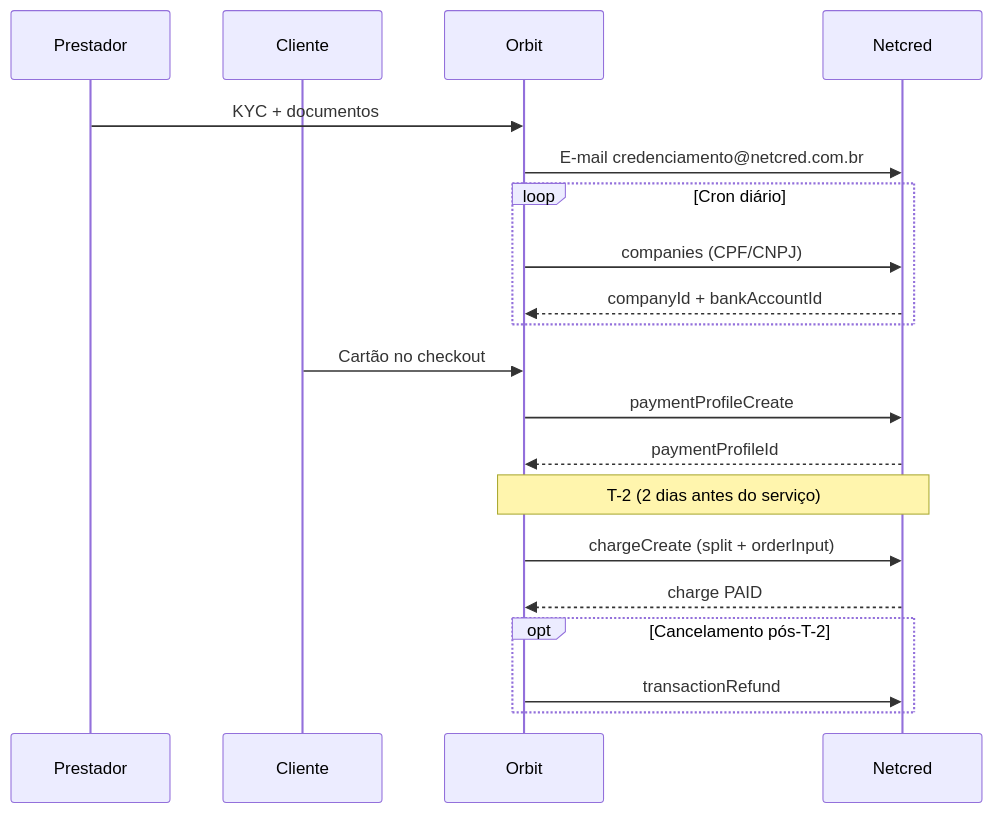
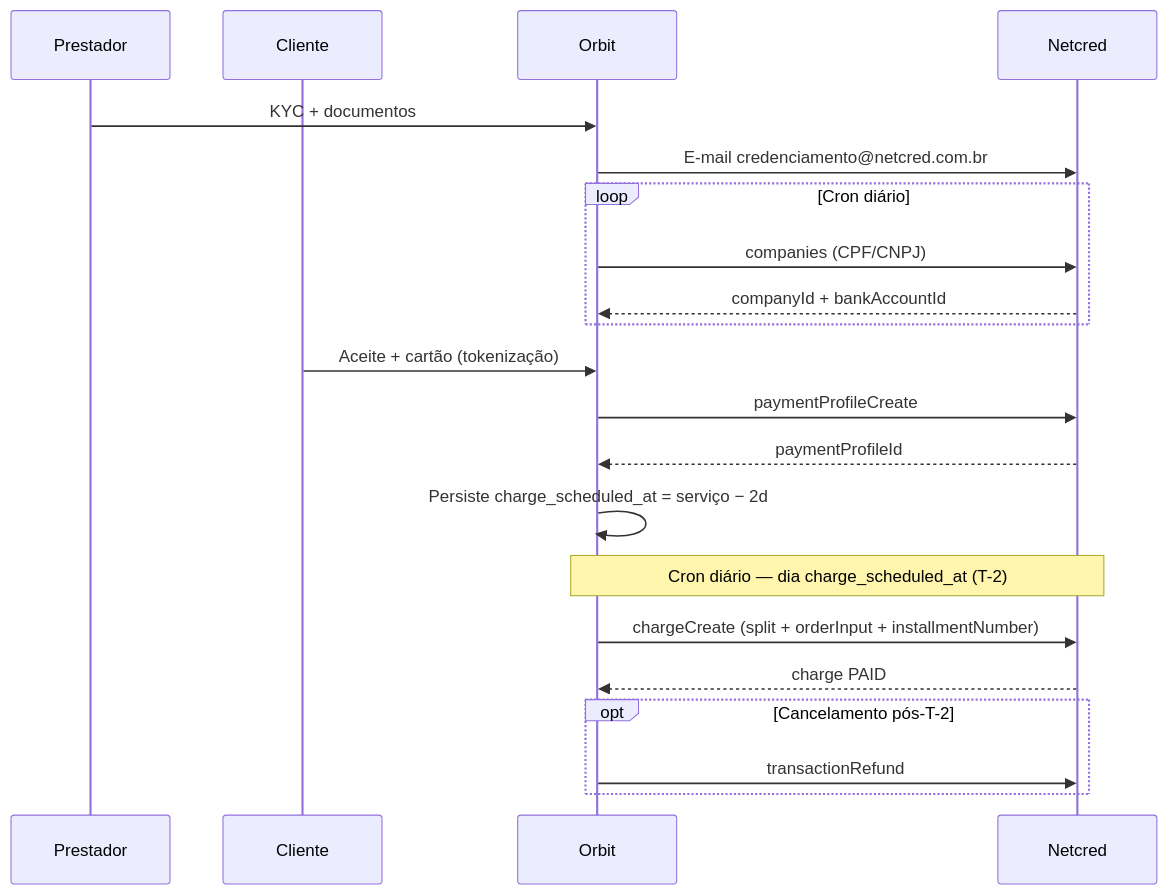
One commit to higorpo/renovi-orbit-test changed the diagram in docs/netcred-payments-flow.md. Above: the diagram before and after it, drawn with Mermaid. The commit also changed other lines of this file and 1 other file, not shown here.

First line of the commit message:
Enhance Netcred payments flow documentation

````diff
--- a/docs/netcred-payments-flow.md
+++ b/docs/netcred-payments-flow.md
@@ -29,26 +30,27 @@
 ```mermaid
 sequenceDiagram
   participant P as Prestador
   participant C as Cliente
   participant R as Orbit
   participant N as Netcred
 
   P->>R: KYC + documentos
   R->>N: E-mail credenciamento@netcred.com.br
   loop Cron diário
     R->>N: companies (CPF/CNPJ)
     N-->>R: companyId + bankAccountId
   end
 
-  C->>R: Cartão no checkout
+  C->>R: Aceite + cartão (tokenização)
   R->>N: paymentProfileCreate
   N-->>R: paymentProfileId
+  R->>R: Persiste charge_scheduled_at = serviço − 2d
 
-  Note over R,N: T-2 (2 dias antes do serviço)
-  R->>N: chargeCreate (split + orderInput)
+  Note over R,N: Cron diário — dia charge_scheduled_at (T-2)
+  R->>N: chargeCreate (split + orderInput + installmentNumber)
   N-->>R: charge PAID
 
   opt Cancelamento pós-T-2
     R->>N: transactionRefund
   end
 ```
````
